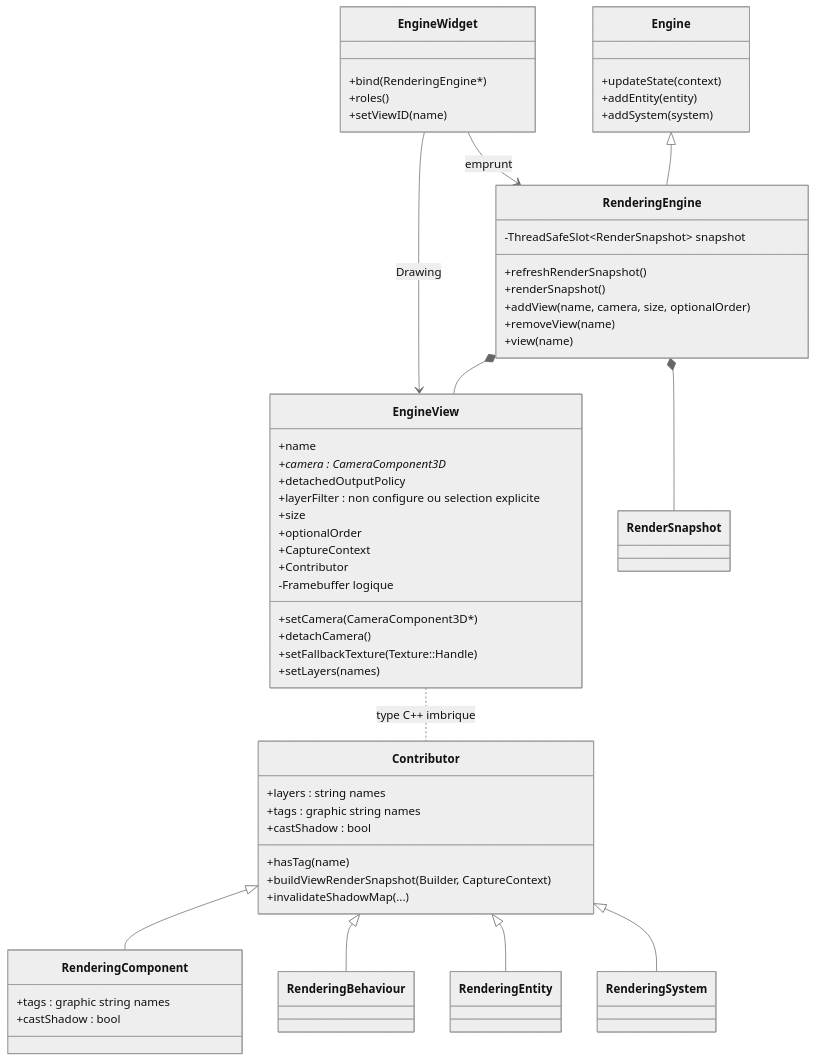
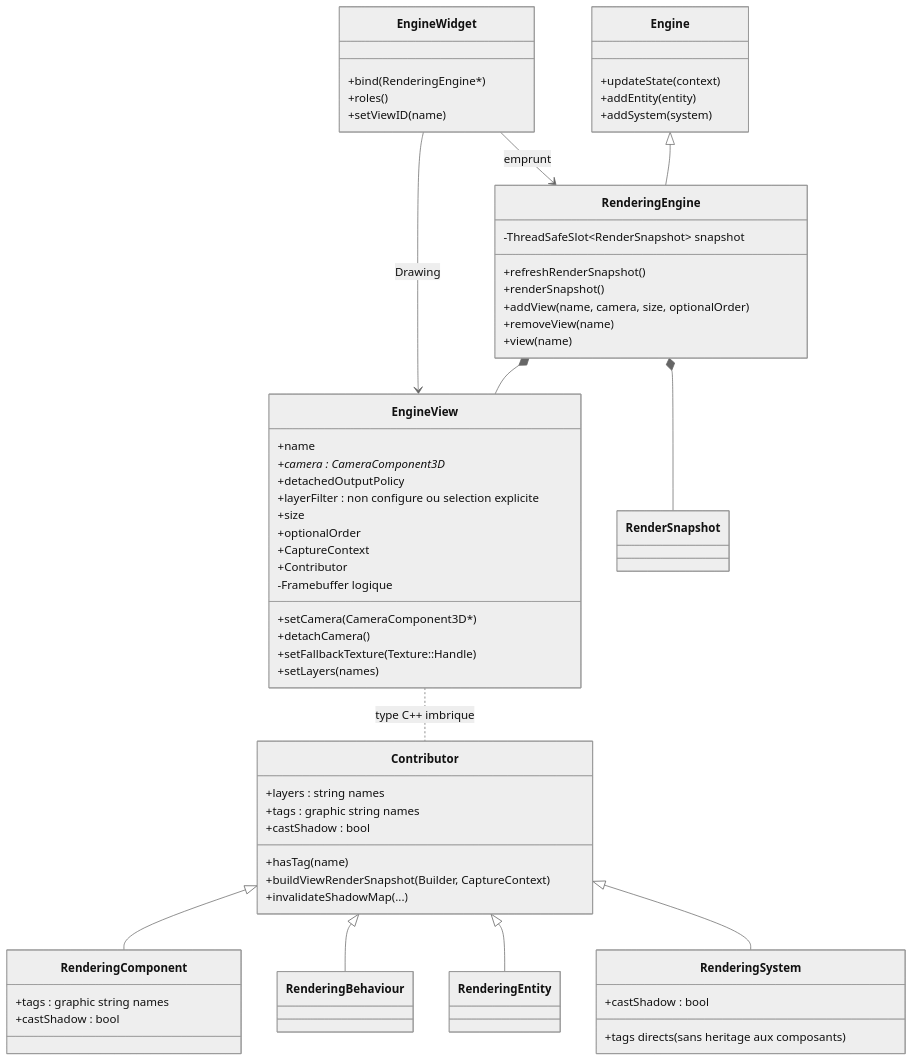
The sixth of 13 diagrams in docs/voxel-engine-v0.1.4-specification.md (EreliaStudio/Sparkle), drawn with Mermaid (neutral theme) before and after one commit. The commit also changed other lines of this file, not shown here.

Commit message:
docs(v0.1.4): forbid implicit shadow tag inheritance in RenderingSystem

````diff
--- a/docs/voxel-engine-v0.1.4-specification.md
+++ b/docs/voxel-engine-v0.1.4-specification.md
@@ -591,61 +591,64 @@
 ```mermaid
 classDiagram
   class Engine {
     +updateState(context)
     +addEntity(entity)
     +addSystem(system)
   }
   class RenderingEngine {
     +refreshRenderSnapshot()
     +renderSnapshot()
     +addView(name, camera, size, optionalOrder)
     +removeView(name)
     +view(name)
     -ThreadSafeSlot~RenderSnapshot~ snapshot
   }
   class EngineView {
     +name
     +camera : CameraComponent3D*
     +setCamera(CameraComponent3D*)
     +detachCamera()
     +detachedOutputPolicy
     +setFallbackTexture(Texture::Handle)
     +setLayers(names)
     +layerFilter : non configure ou selection explicite
     +size
     +optionalOrder
     +CaptureContext
     +Contributor
     -Framebuffer logique
   }
   class Contributor {
     +layers : string names
     +tags : graphic string names
     +castShadow : bool
     +hasTag(name)
     +buildViewRenderSnapshot(Builder, CaptureContext)
     +invalidateShadowMap(...)
   }
   class RenderingComponent {
     +tags : graphic string names
     +castShadow : bool
   }
   class RenderingBehaviour
   class RenderingEntity
-  class RenderingSystem
+  class RenderingSystem {
+    +castShadow : bool
+    +tags directs (sans heritage aux composants)
+  }
   class EngineWidget {
     +bind(RenderingEngine*)
     +roles()
     +setViewID(name)
   }
   Engine <|-- RenderingEngine
   RenderingEngine *-- EngineView
   RenderingEngine *-- RenderSnapshot
   EngineView .. Contributor : type C++ imbrique
   Contributor <|-- RenderingComponent
   Contributor <|-- RenderingBehaviour
   Contributor <|-- RenderingEntity
   Contributor <|-- RenderingSystem
   EngineWidget --> RenderingEngine : emprunt
   EngineWidget --> EngineView : Drawing
 ```
````
